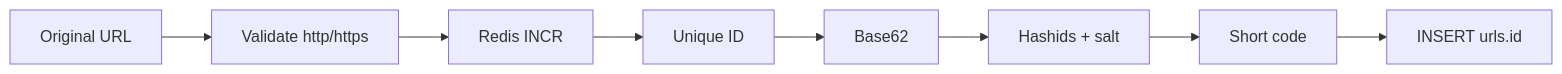
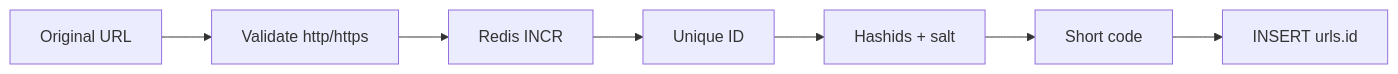
Before and after one commit to gianluca-pettenon/url-shortener: the diagram in README.md, drawn with Mermaid. The commit also changed other lines of this file and 7 other files, not shown here.

````diff
--- a/README.md
+++ b/README.md
@@ -7,10 +7,9 @@
 ```mermaid
 flowchart LR
     A[Original URL] --> B[Validate http/https]
     B --> C[Redis INCR]
     C --> D[Unique ID]
-    D --> E[Base62]
-    E --> F[Hashids + salt]
-    F --> G[Short code]
-    G --> H[INSERT urls.id]
+    D --> E[Hashids + salt]
+    E --> F[Short code]
+    F --> G[INSERT urls.id]
 ```
````
